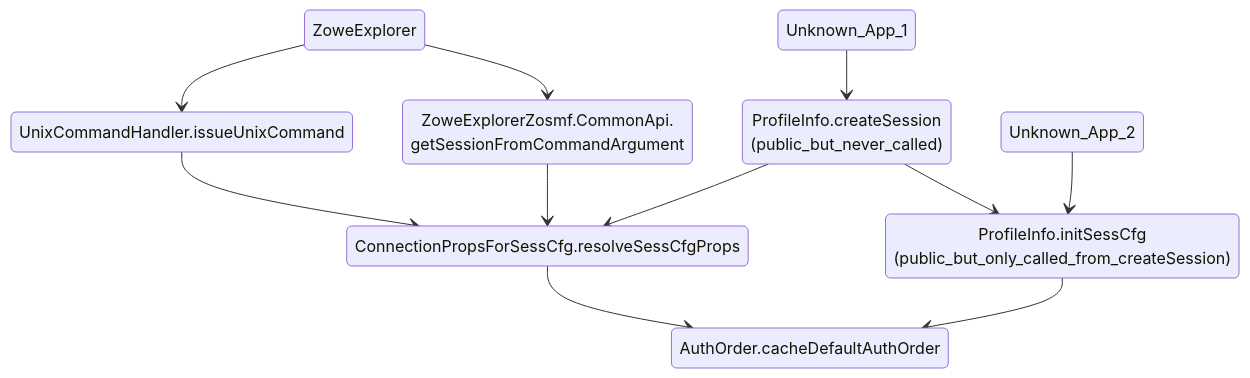
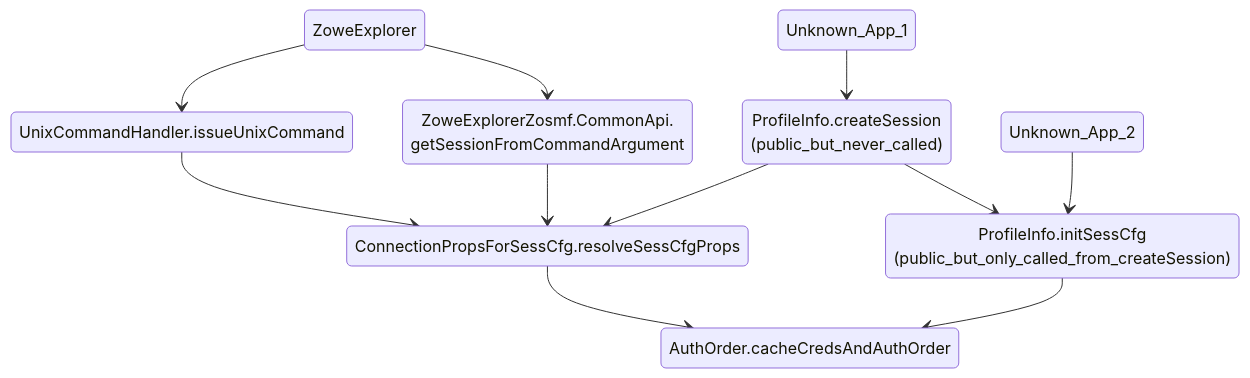
The second of 2 diagrams in docs/Design_for_selecting_auth_type.md (zowe/zowe-cli), drawn with Mermaid before and after one commit.

Commit message:
Fix wrong method name in ZE diagram

````diff
--- a/docs/Design_for_selecting_auth_type.md
+++ b/docs/Design_for_selecting_auth_type.md
@@ -291,23 +291,23 @@
 ```mermaid
 stateDiagram-v2
 
     ZoweExplorer --> UnixCommandHandler.issueUnixCommand
 
     ZoweExplorer --> ZoweExplorerZosmf.CommonApi.<br/>getSessionFromCommandArgument
 
     ZoweExplorerZosmf.CommonApi.<br/>getSessionFromCommandArgument --> ConnectionPropsForSessCfg.resolveSessCfgProps
 
     UnixCommandHandler.issueUnixCommand --> ConnectionPropsForSessCfg.resolveSessCfgProps
 
     Unknown_App_1 --> ProfileInfo.createSession<br/>(public_but_never_called)
 
     ProfileInfo.createSession<br/>(public_but_never_called) --> ConnectionPropsForSessCfg.resolveSessCfgProps
 
     ProfileInfo.createSession<br/>(public_but_never_called) --> ProfileInfo.initSessCfg<br/>(public_but_only_called_from_createSession)
 
     Unknown_App_2 --> ProfileInfo.initSessCfg<br/>(public_but_only_called_from_createSession)
 
-    ProfileInfo.initSessCfg<br/>(public_but_only_called_from_createSession) --> AuthOrder.cacheDefaultAuthOrder
+    ProfileInfo.initSessCfg<br/>(public_but_only_called_from_createSession) --> AuthOrder.cacheCredsAndAuthOrder
 
-    ConnectionPropsForSessCfg.resolveSessCfgProps --> AuthOrder.cacheDefaultAuthOrder
+    ConnectionPropsForSessCfg.resolveSessCfgProps --> AuthOrder.cacheCredsAndAuthOrder
 ```
````
